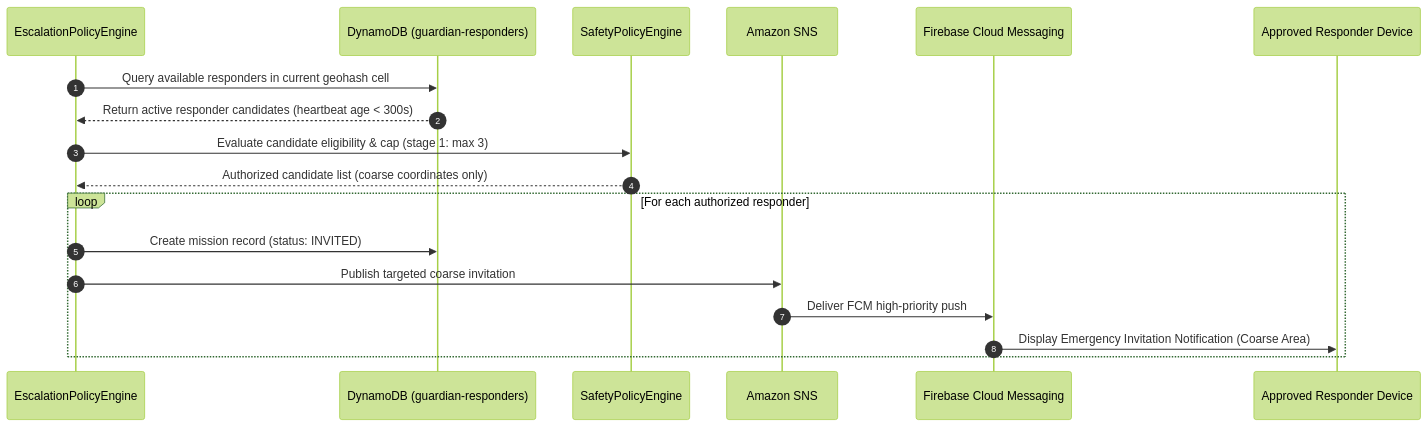
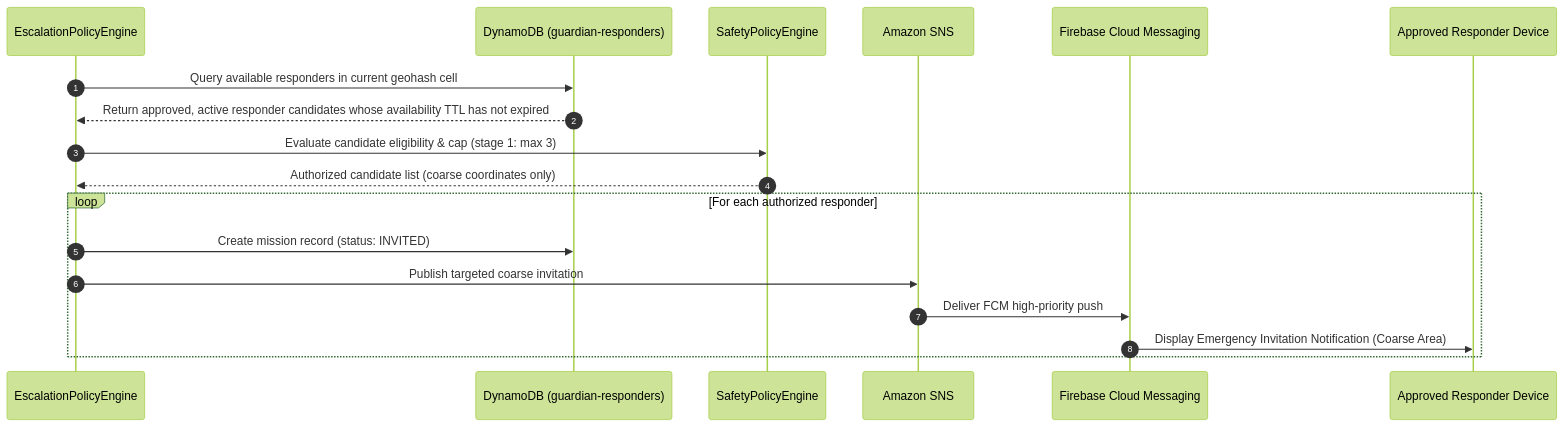
One commit to kunaldrafts25/Guardian changed the sixth of 10 diagrams in docs/ARCHITECTURE.md. Above: the diagram before and after it, drawn with Mermaid (forest theme). The commit also changed other lines of this file, not shown here.

Commit message:
docs(phase4): align architecture with native cloud outbox and responder TTL

````diff
--- a/docs/ARCHITECTURE.md
+++ b/docs/ARCHITECTURE.md
@@ -244,21 +252,21 @@
 ```mermaid
 sequenceDiagram
     autonumber
     participant Escalation as EscalationPolicyEngine
     participant Dynamo as DynamoDB (guardian-responders)
     participant Policy as SafetyPolicyEngine
     participant SNS as Amazon SNS
     participant FCM as Firebase Cloud Messaging
     participant Responder as Approved Responder Device
 
     Escalation->>Dynamo: Query available responders in current geohash cell
-    Dynamo-->>Escalation: Return active responder candidates (heartbeat age < 300s)
+    Dynamo-->>Escalation: Return approved, active responder candidates whose availability TTL has not expired
     Escalation->>Policy: Evaluate candidate eligibility & cap (stage 1: max 3)
     Policy-->>Escalation: Authorized candidate list (coarse coordinates only)
     loop For each authorized responder
         Escalation->>Dynamo: Create mission record (status: INVITED)
         Escalation->>SNS: Publish targeted coarse invitation
         SNS->>FCM: Deliver FCM high-priority push
         FCM->>Responder: Display Emergency Invitation Notification (Coarse Area)
     end
 ```
````
